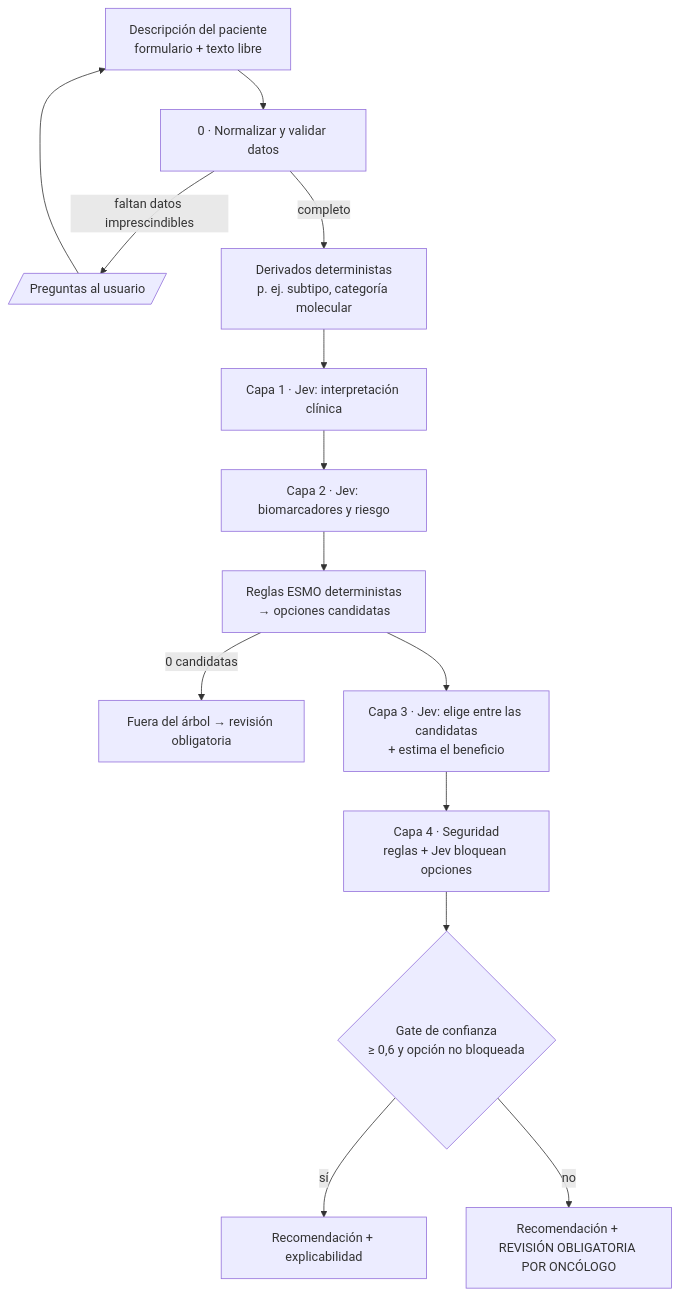
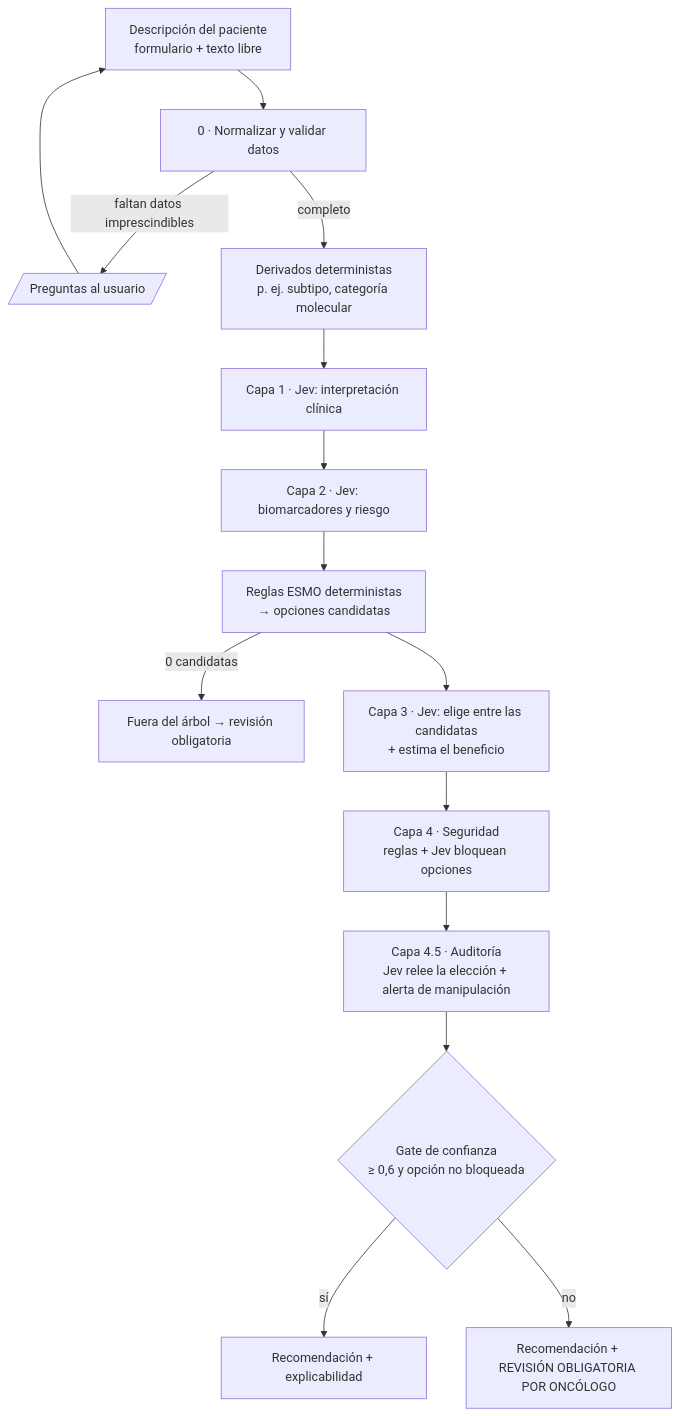
One commit to Mindbreaker81/JevESMO changed the diagram in docs/FLUJO_DECISION.md. Above: the diagram before and after it, drawn with Mermaid. The commit also changed other lines of this file and 2 other files, not shown here.

First line of the commit message:
Documentacion al dia: capa 4.5, bateria adversarial, backend LLM y manifiesto

````diff
--- a/docs/FLUJO_DECISION.md
+++ b/docs/FLUJO_DECISION.md
@@ -16,16 +16,17 @@
 ```mermaid
 flowchart TD
     A[Descripción del paciente<br/>formulario + texto libre] --> B[0 · Normalizar y validar datos]
     B -->|faltan datos imprescindibles| Q[/Preguntas al usuario/]
     Q --> A
     B -->|completo| D[Derivados deterministas<br/>p. ej. subtipo, categoría molecular]
     D --> L1[Capa 1 · Jev: interpretación clínica]
     L1 --> L2[Capa 2 · Jev: biomarcadores y riesgo]
     L2 --> R[Reglas ESMO deterministas<br/>→ opciones candidatas]
     R -->|0 candidatas| OUT[Fuera del árbol → revisión obligatoria]
     R --> L3[Capa 3 · Jev: elige entre las candidatas<br/>+ estima el beneficio]
     L3 --> L4[Capa 4 · Seguridad<br/>reglas + Jev bloquean opciones]
-    L4 --> G{Gate de confianza<br/>≥ 0,6 y opción no bloqueada}
+    L4 --> L45[Capa 4.5 · Auditoría<br/>Jev relee la elección + alerta de manipulación]
+    L45 --> G{Gate de confianza<br/>≥ 0,6 y opción no bloqueada}
     G -->|sí| OK[Recomendación + explicabilidad]
     G -->|no| HR[Recomendación + REVISIÓN OBLIGATORIA POR ONCÓLOGO]
 ```
````
